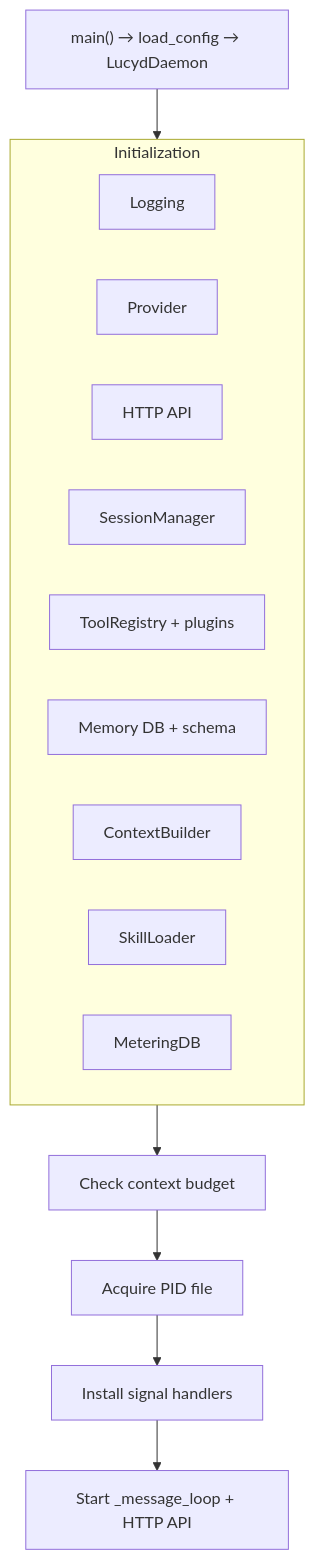
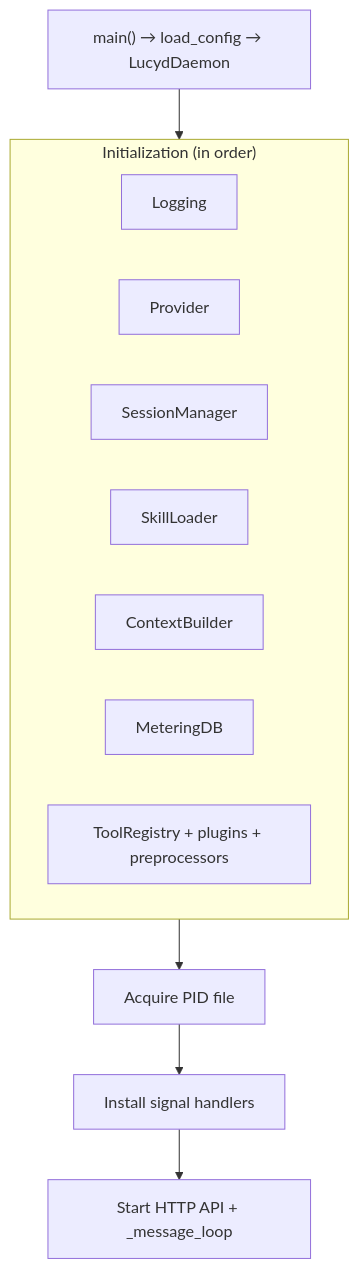
One commit to nicolasforstinger/lucyd changed the tenth of 10 diagrams in docs/diagrams.md. Above: the diagram before and after it, drawn with Mermaid. The commit also changed other lines of this file, not shown here.

First line of the commit message:
Update architecture diagrams for current pipeline

````diff
--- a/docs/diagrams.md
+++ b/docs/diagrams.md
@@ -357,24 +369,21 @@
 ```mermaid
 flowchart TD
     MAIN["main() → load_config → LucydDaemon"]
 
-    subgraph Init["Initialization"]
+    subgraph Init["Initialization (in order)"]
         LOG["Logging"]
         PROVIDER["Provider"]
-        HTTP["HTTP API"]
         SESSION["SessionManager"]
-        TOOLS["ToolRegistry + plugins"]
-        MEMORY["Memory DB + schema"]
+        SKILLS["SkillLoader"]
         CONTEXT["ContextBuilder"]
-        SKILLS["SkillLoader"]
         METER["MeteringDB"]
+        TOOLS["ToolRegistry + plugins + preprocessors"]
     end
 
-    BUDGET["Check context budget"]
     PID["Acquire PID file"]
     SIGNALS["Install signal handlers"]
-    RUN["Start _message_loop + HTTP API"]
+    RUN["Start HTTP API + _message_loop"]
 
     MAIN --> Init
-    Init --> BUDGET --> PID --> SIGNALS --> RUN
+    Init --> PID --> SIGNALS --> RUN
 ```
````
